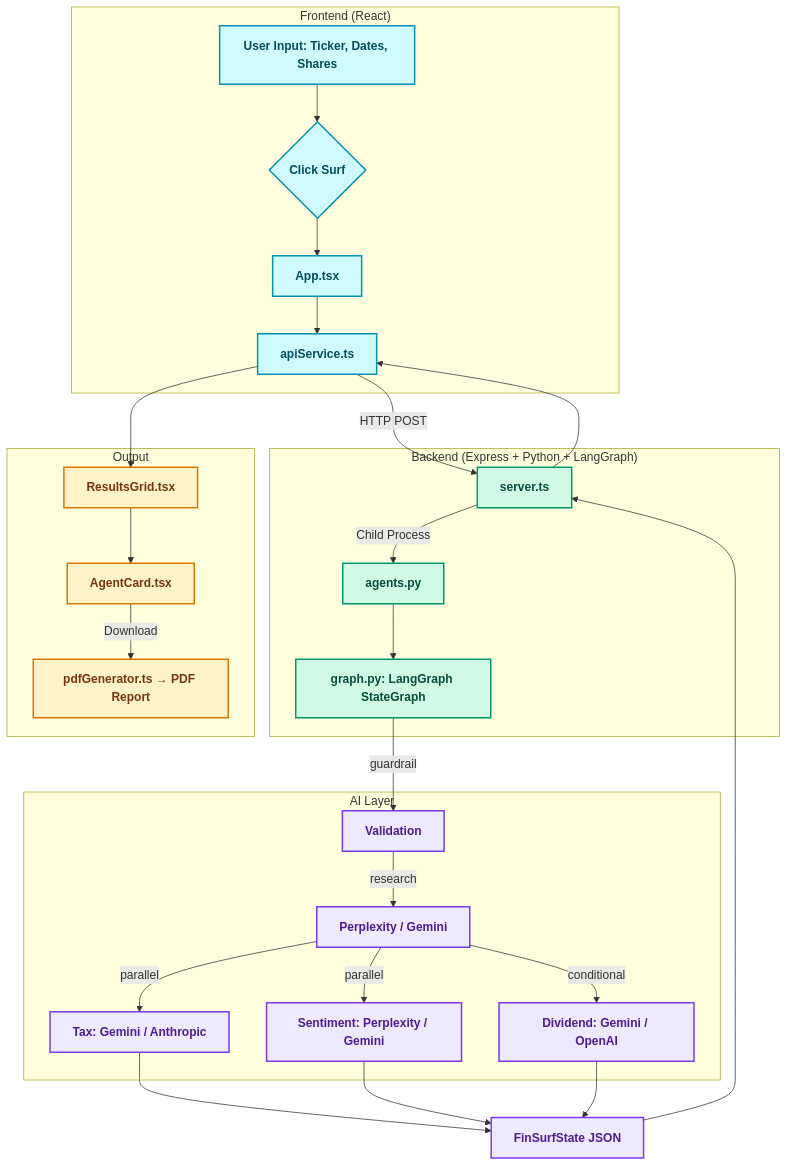
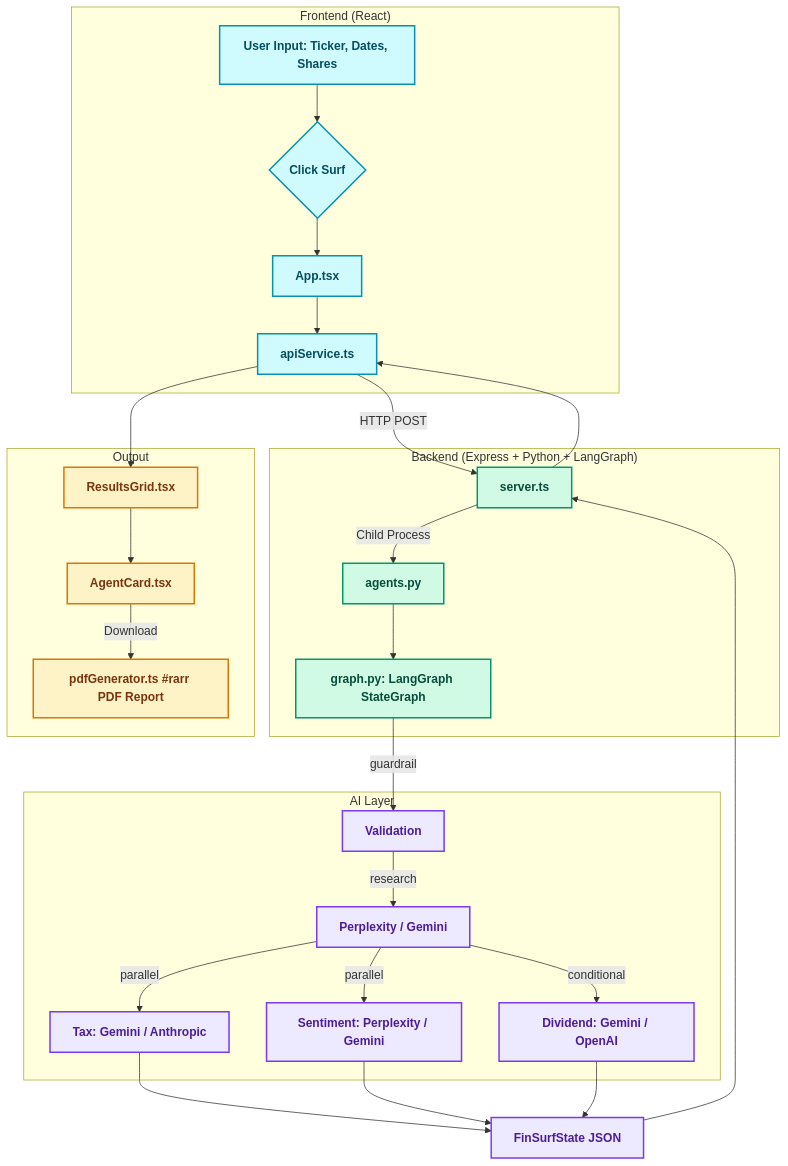
The diagram in README.md (sachined/FinSurf), drawn with Mermaid before and after one commit. The commit also changed other lines of this file and 6 other files, not shown here.

````diff
--- a/README.md
+++ b/README.md
@@ -57,44 +57,44 @@
 ```mermaid
 graph TD
     classDef fe fill:#cffafe,stroke:#0891b2,stroke-width:2px,color:#044e5f,font-weight:bold;
     classDef be fill:#d1fae5,stroke:#059669,stroke-width:2px,color:#064e3b,font-weight:bold;
     classDef ai fill:#ede9fe,stroke:#7c3aed,stroke-width:2px,color:#4c1d95,font-weight:bold;
     classDef ui fill:#fef3c7,stroke:#d97706,stroke-width:2px,color:#78350f,font-weight:bold;
 
     subgraph FE["Frontend (React)"]
         A[User Input: Ticker, Dates, Shares] --> B{Click Surf}
         B --> C[App.tsx]
         C --> D[apiService.ts]
     end
 
     subgraph BE["Backend (Express + Python + LangGraph)"]
         D -->|HTTP POST| E[server.ts]
         E -->|Child Process| F[agents.py]
         F --> G[graph.py: LangGraph StateGraph]
     end
 
     subgraph AL["AI Layer"]
         G -->|guardrail| GA[Validation]
         GA -->|research| GB[Perplexity / Gemini]
         GB -->|parallel| GC[Tax: Gemini / Anthropic]
         GB -->|parallel| GD[Sentiment: Perplexity / Gemini]
         GB -->|conditional| GE[Dividend: Gemini / OpenAI]
     end
 
     GC --> J[FinSurfState JSON]
     GD --> J
     GE --> J
     J --> E
     E --> D
 
     subgraph UI["Output"]
         D --> K[ResultsGrid.tsx]
         K --> L[AgentCard.tsx]
-        L -->|Download| M[pdfGenerator.ts #rarr; PDF Report]
+        L -->|Download| M[pdfGenerator.ts #rarr PDF Report]
     end
 
     class A,B,C,D fe;
     class E,F,G be;
     class GA,GB,GC,GD,GE,J ai;
     class K,L,M ui;
 ```
````
